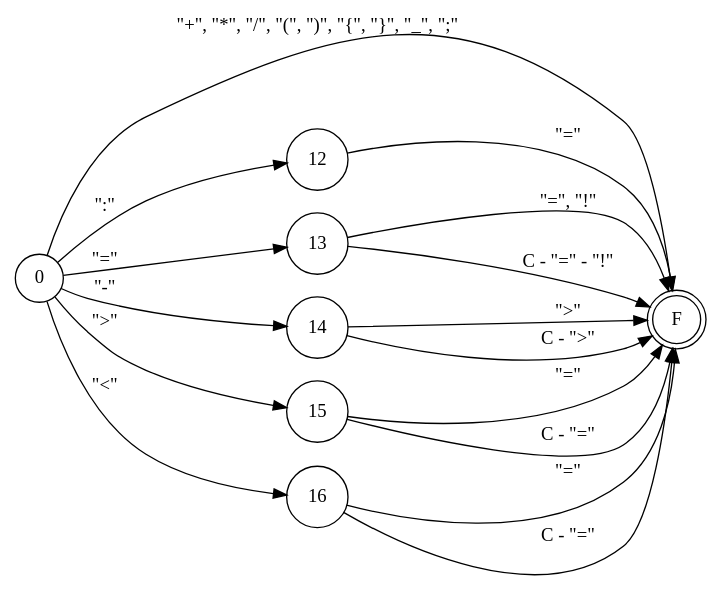
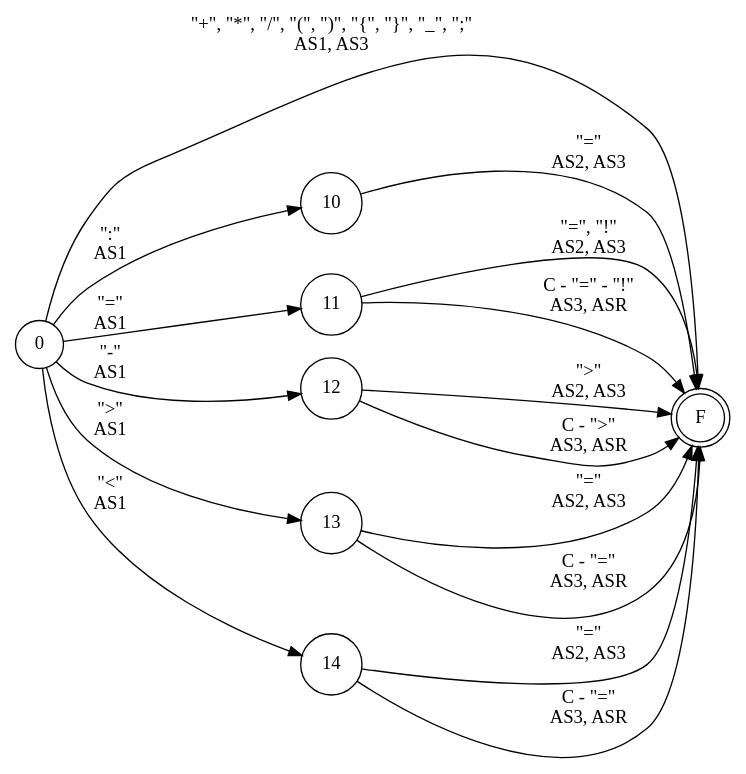
Before and after one commit to iroumec/RouVel-Compiler: the diagram in resources/FA/FADiagrams/operators.dot, drawn with Graphviz. The commit also changed 32 other files, not shown here.

```diff
--- a/resources/FA/FADiagrams/operators.dot
+++ b/resources/FA/FADiagrams/operators.dot
@@ -1,21 +1,21 @@
 digraph DFA {
     rankdir = LR;
     node [shape = circle;];
     F [shape = doublecircle;];
     
-    0 -> 12 [label = "\":\"";];
-    12 -> F [label = "\"=\"";];
-    0 -> 13 [label = "\"=\"";];
-    13 -> F [label = "\"=\", \"!\"";];
-    13 -> F [label = "C - \"=\" - \"!\"";];
-    0 -> F [label = "\"+\", \"*\", \"/\", \"(\", \")\", \"{\", \"}\", \"_\", \";\"";];
-    0 -> 14 [label = "\"-\"";];
-    14 -> F [label = "\">\"";];
-    14 -> F [label = "C - \">\"";];
-    0 -> 15 [label = "\">\"";];
-    15 -> F [label = "\"=\"";];
-    15 -> F [label = "C - \"=\"";];
-    0 -> 16 [label = "\"<\"";];
-    16 -> F [label = "\"=\"";];
-    16 -> F [label = "C - \"=\"";];
+    0 -> 10 [label = "\":\" \n AS1";];
+    10 -> F [label = "\"=\" \n AS2, AS3";];
+    0 -> 11 [label = "\"=\" \n AS1";];
+    11 -> F [label = "\"=\", \"!\" \n AS2, AS3";];
+    11 -> F [label = "C - \"=\" - \"!\" \n AS3, ASR";];
+    0 -> F [label = "\"+\", \"*\", \"/\", \"(\", \")\", \"{\", \"}\", \"_\", \";\" \n AS1, AS3";];
+    0 -> 12 [label = "\"-\" \n AS1";];
+    12 -> F [label = "\">\" \n AS2, AS3";];
+    12 -> F [label = "C - \">\" \n AS3, ASR";];
+    0 -> 13 [label = "\">\" \n AS1";];
+    13 -> F [label = "\"=\" \n AS2, AS3";];
+    13 -> F [label = "C - \"=\" \n AS3, ASR";];
+    0 -> 14 [label = "\"<\" \n AS1";];
+    14 -> F [label = "\"=\" \n AS2, AS3";];
+    14 -> F [label = "C - \"=\" \n AS3, ASR";];
 }
```
